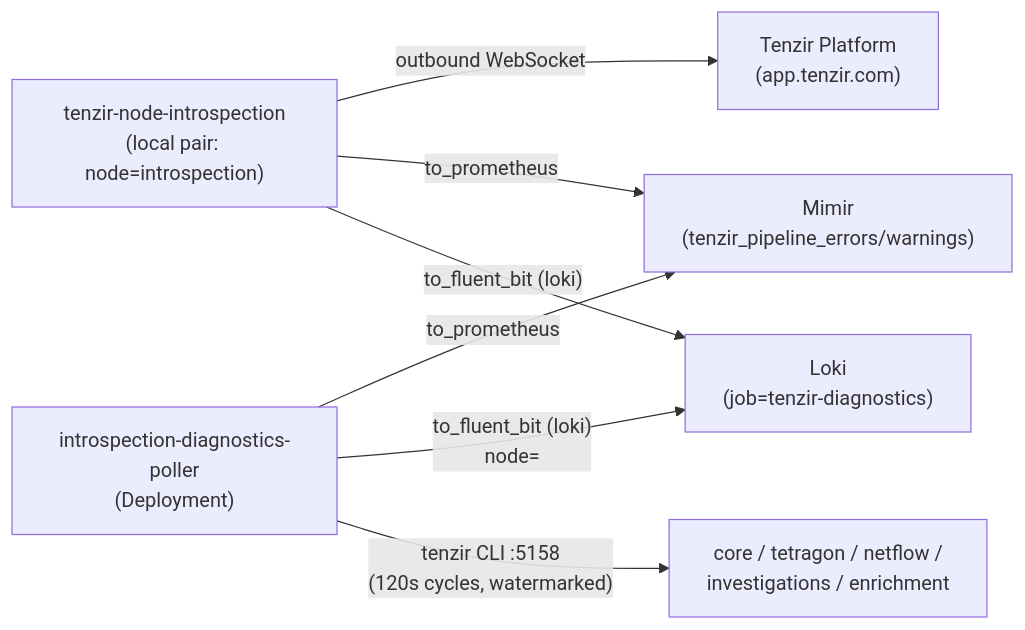
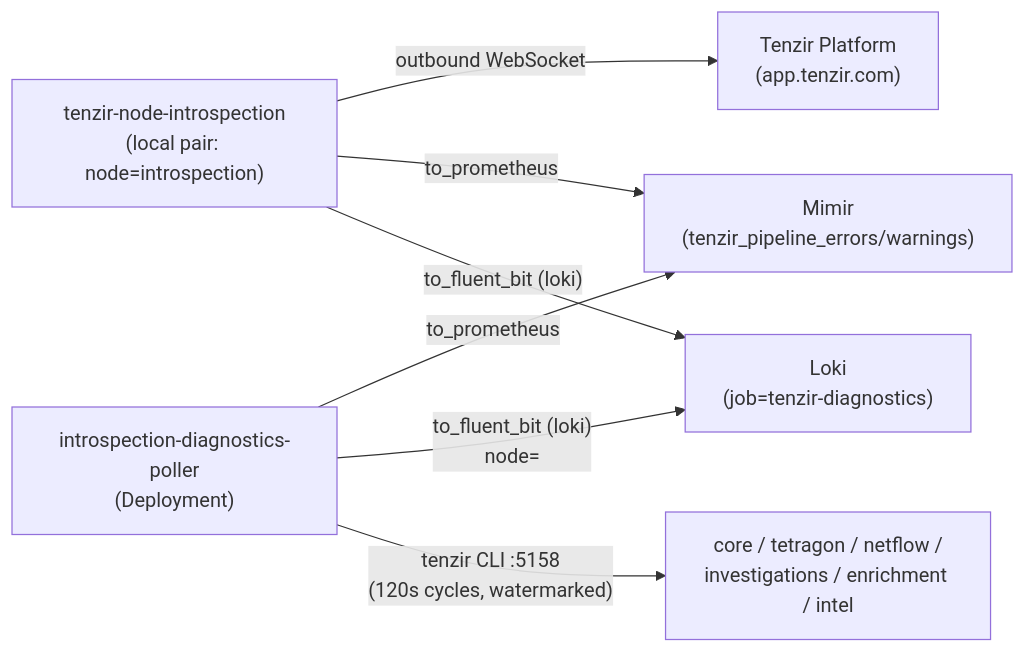
Before and after one commit to Apocrathia/homelab: the diagram in flux/manifests/04-apps/security/tenzir/nodes/introspection/README.md, drawn with Mermaid. The commit also changed other lines of this file and 48 other files, not shown here.

First line of the commit message:
feat(tenzir): run the CTI factory on the new intel node at 6.20.0-rc.3

````diff
--- a/flux/manifests/04-apps/security/tenzir/nodes/introspection/README.md
+++ b/flux/manifests/04-apps/security/tenzir/nodes/introspection/README.md
@@ -43,9 +44,9 @@
 ```mermaid
 flowchart LR
     INT["tenzir-node-introspection<br/>(local pair: node=introspection)"] -->|"to_fluent_bit (loki)"| LOKI["Loki<br/>(job=tenzir-diagnostics)"]
     INT -->|"to_prometheus"| MIM["Mimir<br/>(tenzir_pipeline_errors/warnings)"]
     INT -->|"outbound WebSocket"| PLAT["Tenzir Platform<br/>(app.tenzir.com)"]
-    POLL["introspection-diagnostics-poller<br/>(Deployment)"] -->|"tenzir CLI :5158<br/>(120s cycles, watermarked)"| NODES["core / tetragon / netflow /<br/>investigations / enrichment"]
+    POLL["introspection-diagnostics-poller<br/>(Deployment)"] -->|"tenzir CLI :5158<br/>(120s cycles, watermarked)"| NODES["core / tetragon / netflow /<br/>investigations / enrichment / intel"]
     POLL -->|"to_fluent_bit (loki)<br/>node=<target>"| LOKI
     POLL -->|"to_prometheus"| MIM
 ```
````
